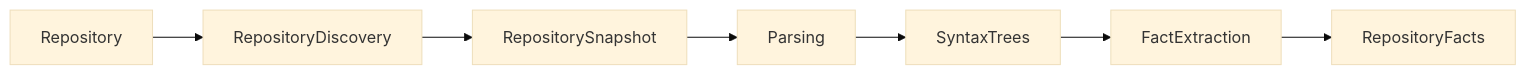
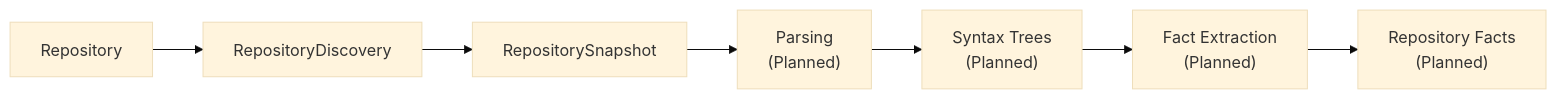
Before and after one commit to akash1047/kode: the second of 2 diagrams in docs/ACQUISITION.md, drawn with Mermaid (base theme). The commit also changed other lines of this file and 32 other files, not shown here.

````diff
--- a/docs/ACQUISITION.md
+++ b/docs/ACQUISITION.md
@@ -82,17 +84,17 @@
 ```mermaid
 flowchart LR
 
     Repository
 
     --> RepositoryDiscovery
 
     --> RepositorySnapshot
 
-    --> Parsing
+    --> ParsingPlanned["Parsing\n(Planned)"]
 
-    --> SyntaxTrees
+    --> SyntaxTreesPlanned["Syntax Trees\n(Planned)"]
 
-    --> FactExtraction
+    --> FactExtractionPlanned["Fact Extraction\n(Planned)"]
 
-    --> RepositoryFacts
+    --> RepositoryFactsPlanned["Repository Facts\n(Planned)"]
 ```
````
